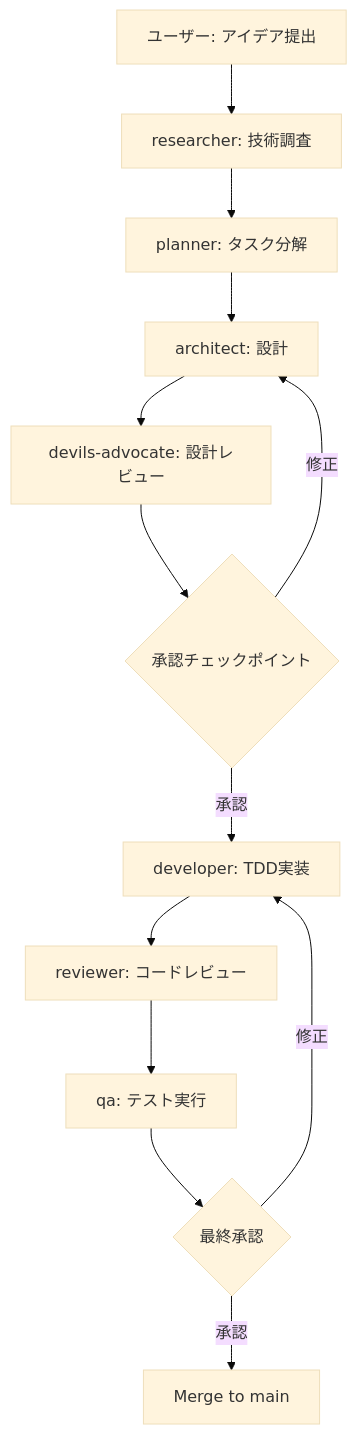
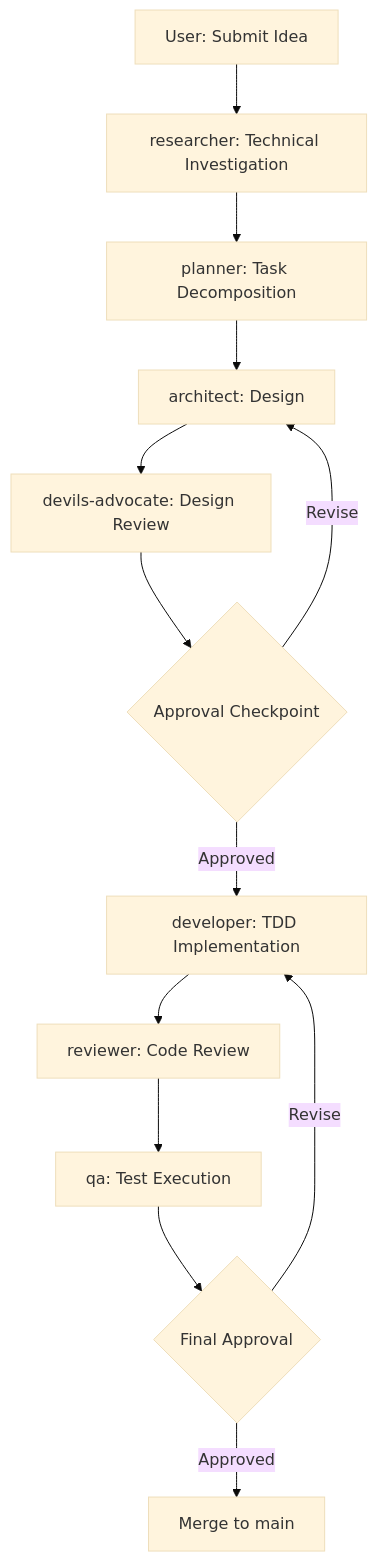
The first of 6 diagrams in .kiro/steering/agent-workflows.md (kato83/mayu), drawn with Mermaid (base theme) before and after one commit. The commit also changed other lines of this file and 12 other files, not shown here.

````diff
--- a/.kiro/steering/agent-workflows.md
+++ b/.kiro/steering/agent-workflows.md
@@ -11,15 +11,15 @@
 ```mermaid
 graph TD
-    A[ユーザー: アイデア提出] --> B[researcher: 技術調査]
-    B --> C[planner: タスク分解]
-    C --> D[architect: 設計]
-    D --> E[devils-advocate: 設計レビュー]
-    E --> F{承認チェックポイント}
-    F -->|承認| G[developer: TDD実装]
-    F -->|修正| D
-    G --> H[reviewer: コードレビュー]
-    H --> I[qa: テスト実行]
-    I --> J{最終承認}
-    J -->|承認| K[Merge to main]
-    J -->|修正| G
+    A[User: Submit Idea] --> B[researcher: Technical Investigation]
+    B --> C[planner: Task Decomposition]
+    C --> D[architect: Design]
+    D --> E[devils-advocate: Design Review]
+    E --> F{Approval Checkpoint}
+    F -->|Approved| G[developer: TDD Implementation]
+    F -->|Revise| D
+    G --> H[reviewer: Code Review]
+    H --> I[qa: Test Execution]
+    I --> J{Final Approval}
+    J -->|Approved| K[Merge to main]
+    J -->|Revise| G
 ```
````
